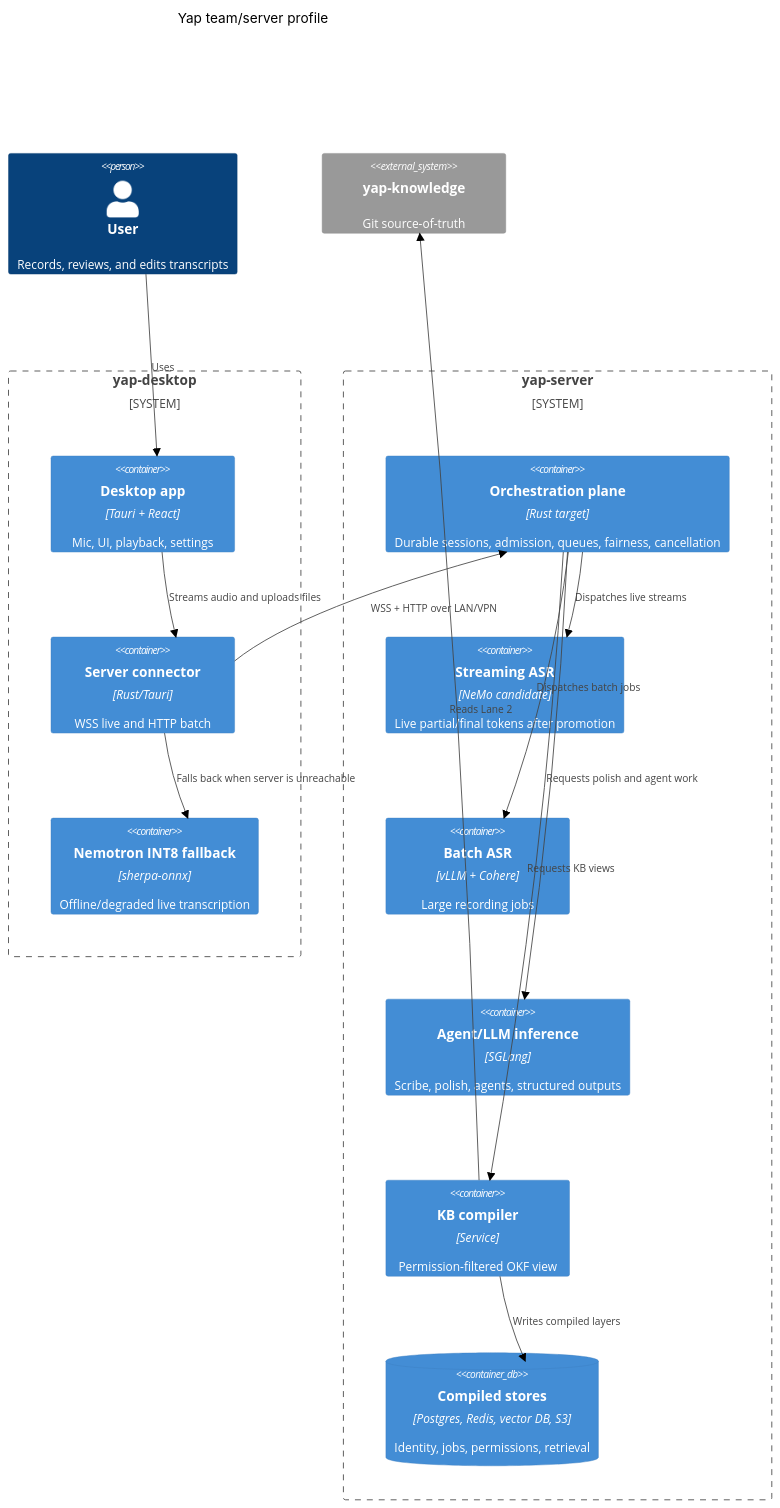
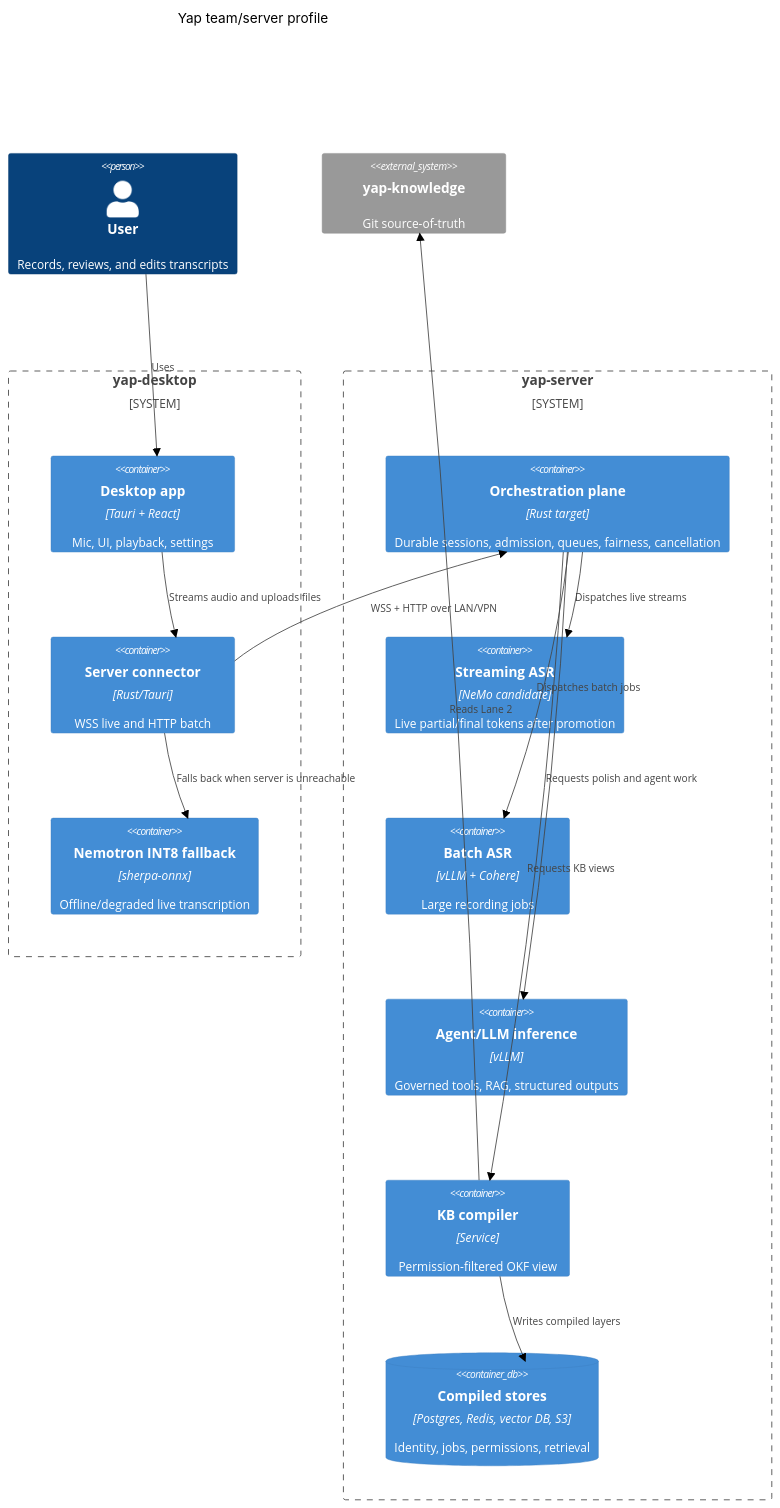
Before and after one commit to ZoOtMcNoOt/yap: the second of 5 diagrams in docs/adr/0014-server-tier-compute-topology.md, drawn with Mermaid (neutral theme). The commit also changed other lines of this file and 17 other files, not shown here.

````diff
--- a/docs/adr/0014-server-tier-compute-topology.md
+++ b/docs/adr/0014-server-tier-compute-topology.md
@@ -98,34 +99,34 @@
 ```mermaid
 C4Container
     title Yap team/server profile
 
     Person(user, "User", "Records, reviews, and edits transcripts")
 
     System_Boundary(desktopBoundary, "yap-desktop") {
         Container(desktop, "Desktop app", "Tauri + React", "Mic, UI, playback, settings")
         Container(connector, "Server connector", "Rust/Tauri", "WSS live and HTTP batch")
         Container(fallback, "Nemotron INT8 fallback", "sherpa-onnx", "Offline/degraded live transcription")
     }
 
     System_Boundary(serverBoundary, "yap-server") {
         Container(router, "Orchestration plane", "Rust target", "Durable sessions, admission, queues, fairness, cancellation")
         Container(asr, "Streaming ASR", "NeMo candidate", "Live partial/final tokens after promotion")
         Container(batch, "Batch ASR", "vLLM + Cohere", "Large recording jobs")
-        Container(llm, "Agent/LLM inference", "SGLang", "Scribe, polish, agents, structured outputs")
+        Container(llm, "Agent/LLM inference", "vLLM", "Governed tools, RAG, structured outputs")
         Container(kbCompiler, "KB compiler", "Service", "Permission-filtered OKF view")
         ContainerDb(storage, "Compiled stores", "Postgres, Redis, vector DB, S3", "Identity, jobs, permissions, retrieval")
     }
 
     System_Ext(knowledge, "yap-knowledge", "Git source-of-truth")
 
     Rel(user, desktop, "Uses")
     Rel(desktop, connector, "Streams audio and uploads files")
     Rel(connector, router, "WSS + HTTP over LAN/VPN")
     Rel(connector, fallback, "Falls back when server is unreachable")
     Rel(router, asr, "Dispatches live streams")
     Rel(router, batch, "Dispatches batch jobs")
     Rel(router, llm, "Requests polish and agent work")
     Rel(router, kbCompiler, "Requests KB views")
     Rel(kbCompiler, knowledge, "Reads Lane 2")
     Rel(kbCompiler, storage, "Writes compiled layers")
 ```
````
